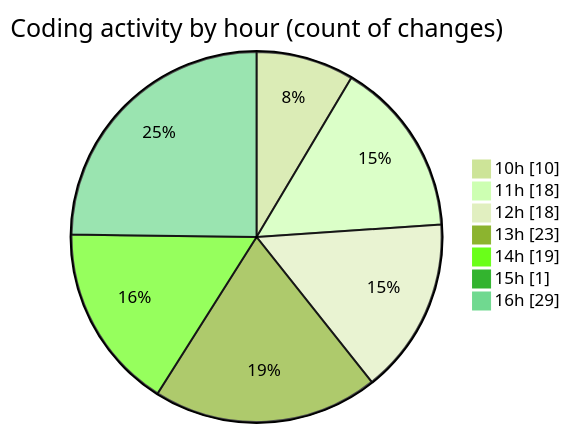
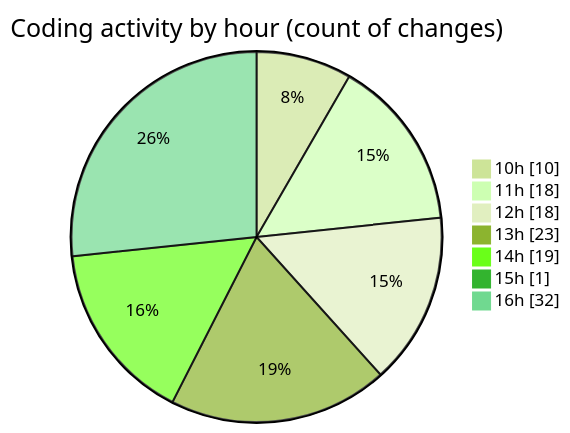
One commit to momahboobian/code-tracking changed the second of 2 diagrams in 2025-07-14/cda/README.md. Above: the diagram before and after it, drawn with Mermaid (forest theme). The commit also changed other lines of this file and 1 other file, not shown here.

````diff
--- a/2025-07-14/cda/README.md
+++ b/2025-07-14/cda/README.md
@@ -39,11 +39,11 @@
 ```mermaid
 pie showData
 title Coding activity by hour (count of changes)
 "10h" : 10
 "11h" : 18
 "12h" : 18
 "13h" : 23
 "14h" : 19
 "15h" : 1
-"16h" : 29
+"16h" : 32
 ```
````
